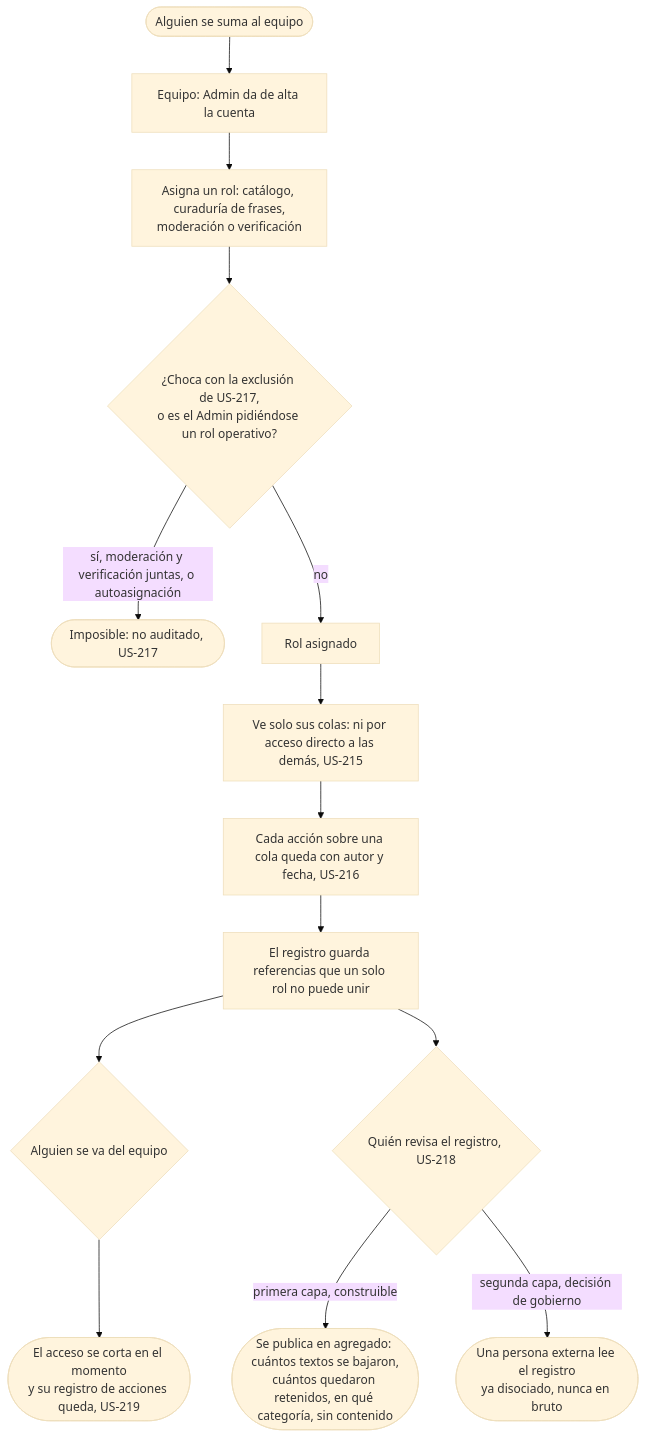
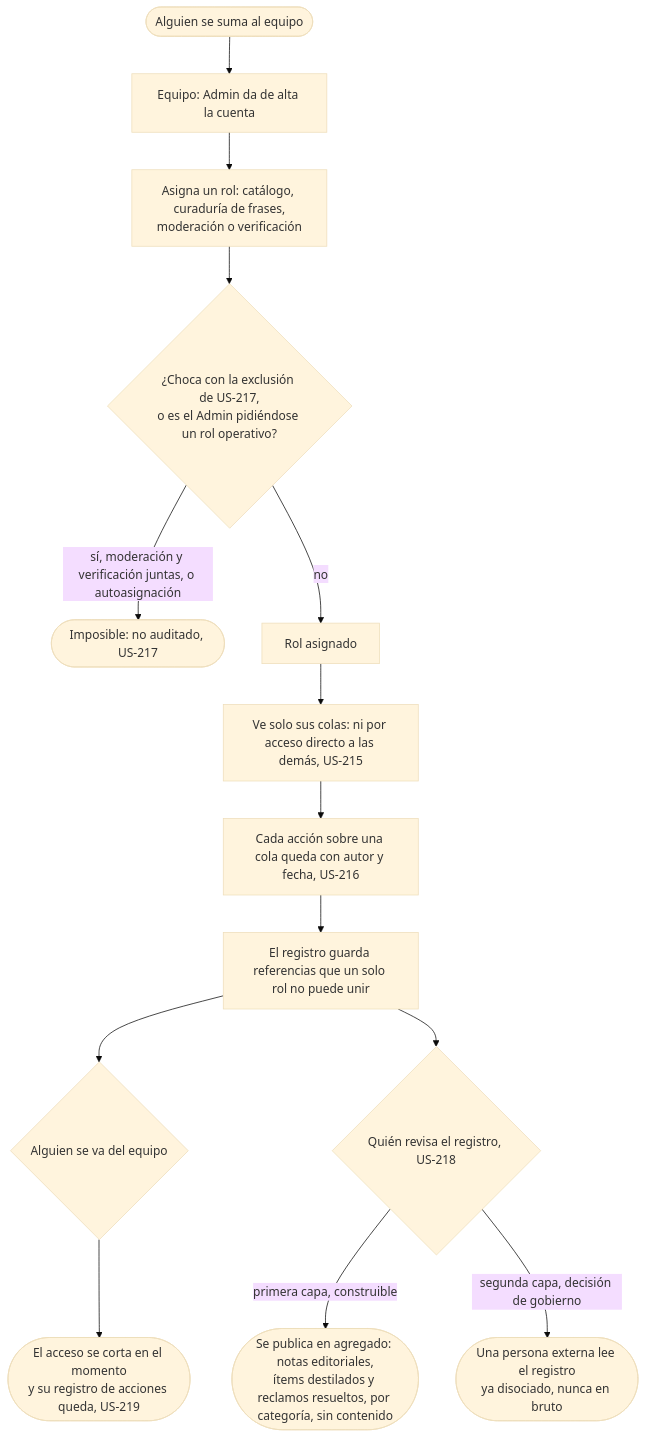
One commit to lucasidev/plan-b changed the diagram in docs/product/team/cut-the-access/flow.md. Above: the diagram before and after it, drawn with Mermaid (base theme). The commit also changed 243 other files, not shown here.

````diff
--- a/docs/product/team/cut-the-access/flow.md
+++ b/docs/product/team/cut-the-access/flow.md
@@ -5,16 +5,16 @@
 ```mermaid
 flowchart TD
   A([Alguien se suma al equipo]) --> B[Equipo: Admin da de alta la cuenta]
   B --> C[Asigna un rol: catálogo, curaduría de frases,<br/>moderación o verificación]
   C --> D{¿Choca con la exclusión de US-217,<br/>o es el Admin pidiéndose un rol operativo?}
   D -->|sí, moderación y verificación juntas, o autoasignación| E([Imposible: no auditado, US-217])
   D -->|no| F[Rol asignado]
   F --> I[Ve solo sus colas: ni por acceso directo a las demás, US-215]
   I --> J[Cada acción sobre una cola queda con autor y fecha, US-216]
   J --> K[El registro guarda referencias que un solo rol no puede unir]
   K --> L{Alguien se va del equipo}
   L --> M([El acceso se corta en el momento<br/>y su registro de acciones queda, US-219])
   K --> N{Quién revisa el registro, US-218}
-  N -->|primera capa, construible| N1([Se publica en agregado: cuántos textos se bajaron,<br/>cuántos quedaron retenidos, en qué categoría, sin contenido])
+  N -->|primera capa, construible| N1([Se publica en agregado: notas editoriales,<br/>ítems destilados y reclamos resueltos, por categoría, sin contenido])
   N -->|segunda capa, decisión de gobierno| N2([Una persona externa lee el registro<br/>ya disociado, nunca en bruto])
 ```
````
